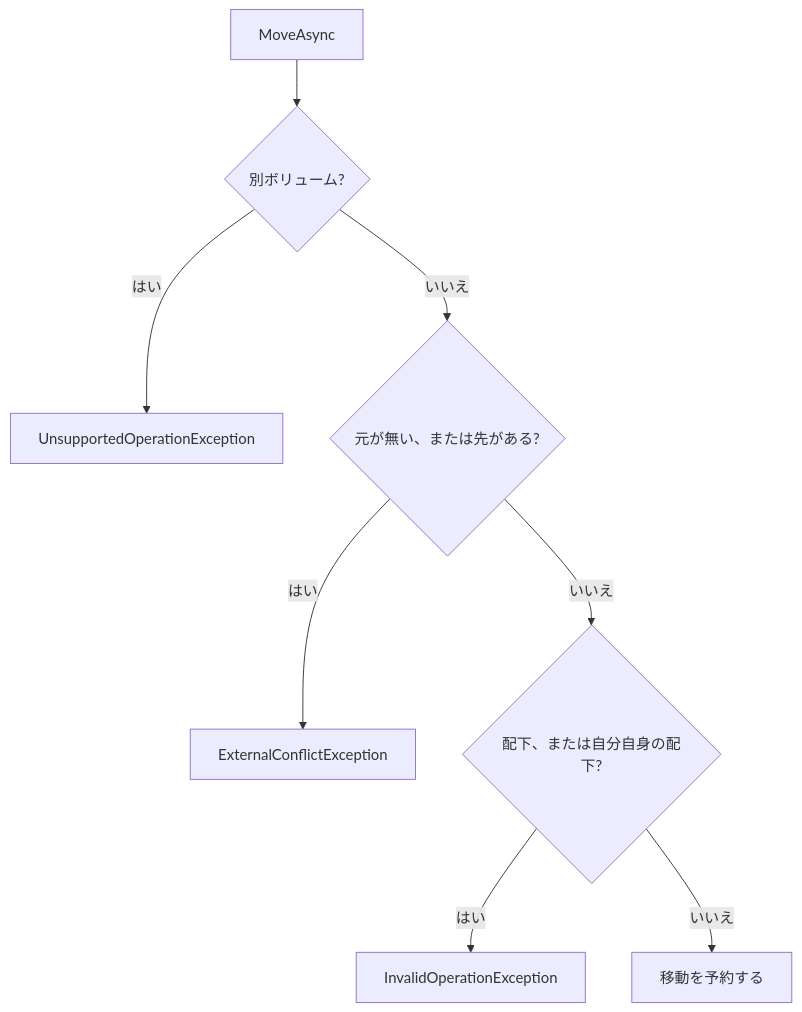
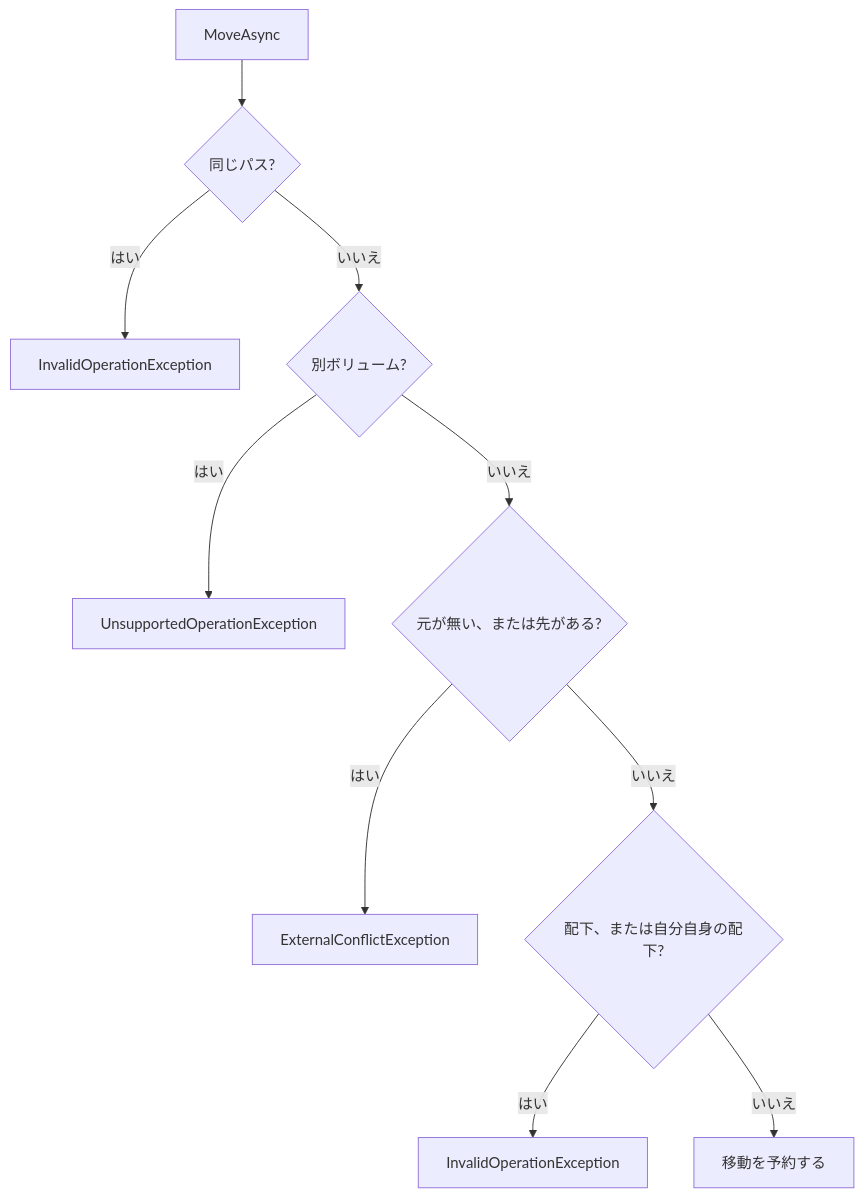
Before and after one commit to YUKIKEDA/Txfio: the ninth of 15 diagrams in README.md, drawn with Mermaid. The commit also changed other lines of this file and 5 other files, not shown here.

Commit message:
fix(txfio): 同じパスへの Move は InvalidOperationException にする (#138)

````diff
--- a/README.md
+++ b/README.md
@@ -311,10 +311,12 @@
 ```mermaid
 flowchart TD
-  move["MoveAsync"] --> vol{"別ボリューム?"}
+  move["MoveAsync"] --> same{"同じパス?"}
+  same -->|はい| invSame["InvalidOperationException"]
+  same -->|いいえ| vol{"別ボリューム?"}
   vol -->|はい| uns["UnsupportedOperationException"]
   vol -->|いいえ| place{"元が無い、または先がある?"}
   place -->|はい| ext["ExternalConflictException"]
   place -->|いいえ| under{"配下、または自分自身の配下?"}
   under -->|はい| inv["InvalidOperationException"]
   under -->|いいえ| ok["移動を予約する"]
 ```
````
